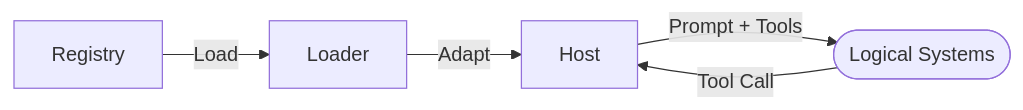
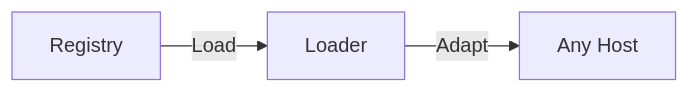
One commit to ARPAHLS/skillware changed the diagram in README.md. Above: the diagram before and after it, drawn with Mermaid. The commit also changed other lines of this file and 35 other files, not shown here.

````diff
--- a/README.md
+++ b/README.md
@@ -55,7 +58,5 @@
 ```mermaid
 flowchart LR
     Registry[Registry] -->|Load| Loader[Loader]
-    Loader -->|Adapt| Host[Host]
-    Host -->|Prompt + Tools| LogicalSystems([Logical Systems])
-    LogicalSystems -->|Tool Call| Host
+    Loader -->|Adapt| Host[Any Host]
 ```
````
